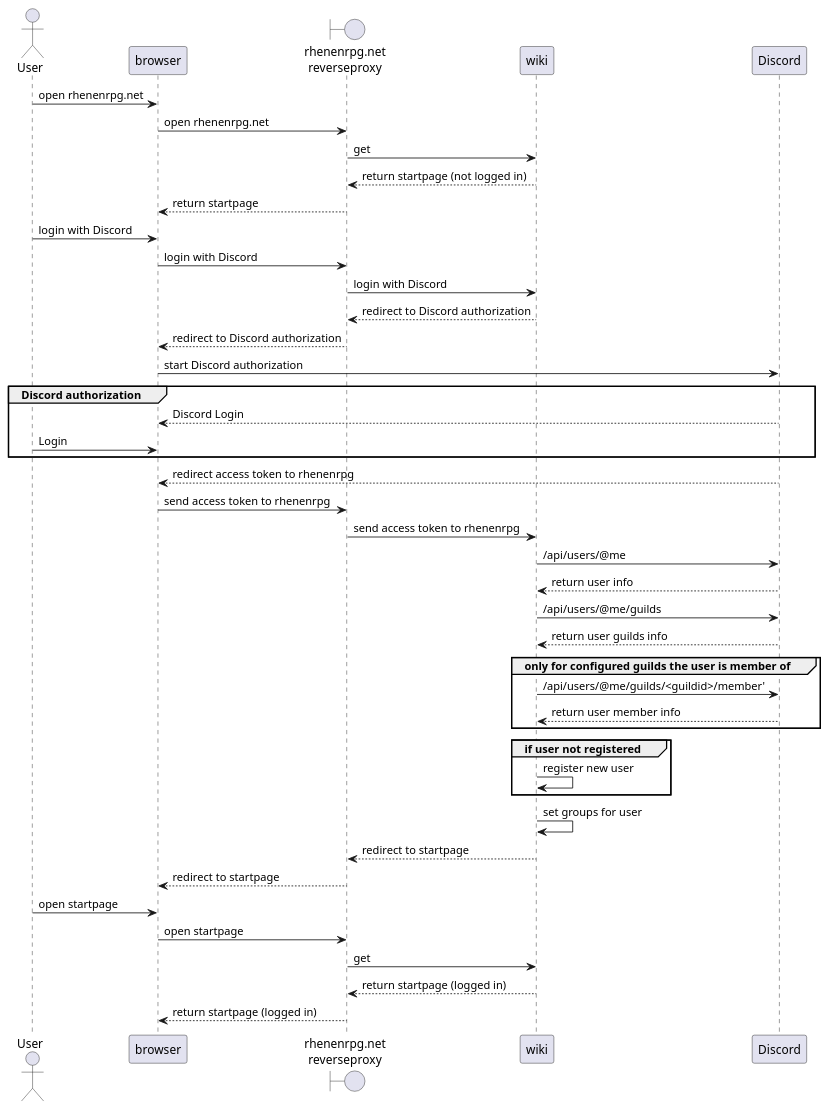
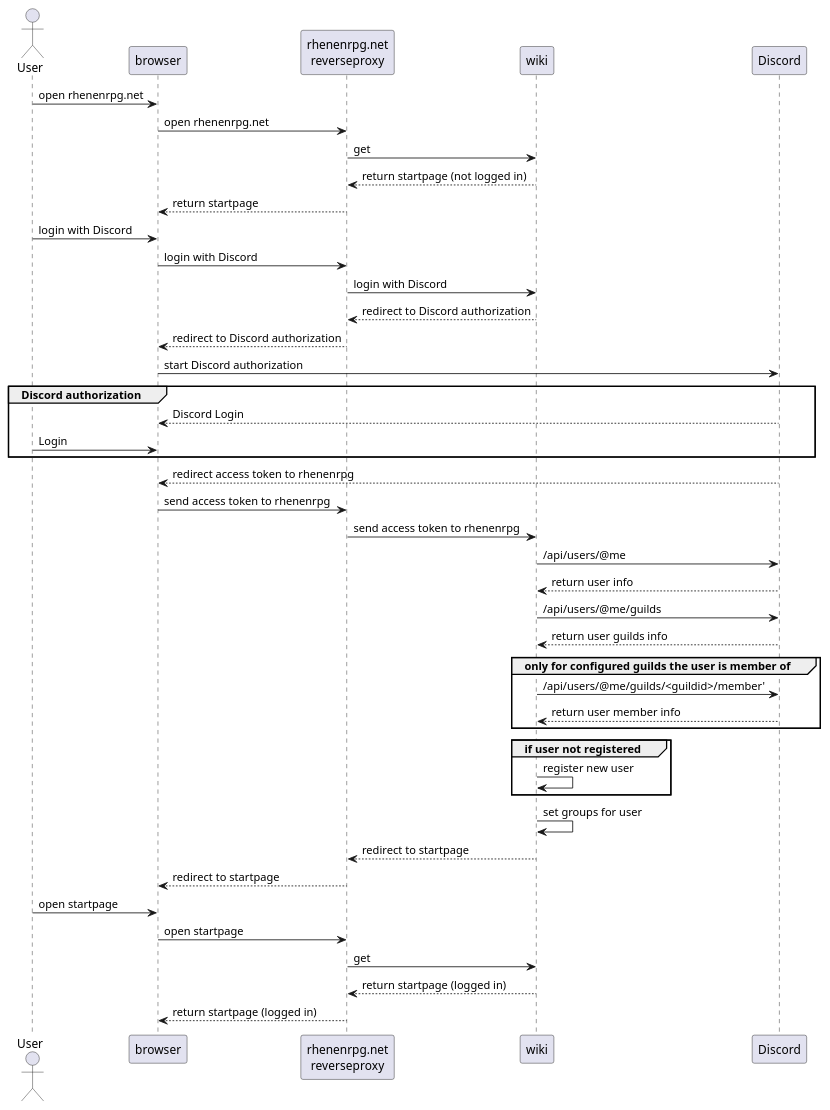
Before and after one commit to rhenenrpg/rhenenrpg.github.io: the diagram in uml/sd-login-oauth-discord.iuml, drawn with PlantUML.

```diff
--- a/uml/sd-login-oauth-discord.iuml
+++ b/uml/sd-login-oauth-discord.iuml
@@ -1,44 +1,44 @@
 @startuml
 actor       User       as user
 participant browser
-boundary    "rhenenrpg.net\nreverseproxy" as rp
+participant    "rhenenrpg.net\nreverseproxy" as rp
 participant wiki
 participant Discord as discord
 user -> browser  : open rhenenrpg.net
 browser -> rp : open rhenenrpg.net
 rp -> wiki: get
 wiki --> rp: return startpage (not logged in)
 rp --> browser : return startpage
 user -> browser : login with Discord
 browser -> rp: login with Discord
 rp -> wiki: login with Discord
 wiki --> rp: redirect to Discord authorization
 rp --> browser: redirect to Discord authorization
 browser -> discord: start Discord authorization
 group Discord authorization 
 discord --> browser : Discord Login
 user -> browser: Login
 end 
 discord --> browser: redirect access token to rhenenrpg
 browser -> rp: send access token to rhenenrpg
 rp -> wiki: send access token to rhenenrpg
 wiki -> discord: /api/users/@me
 discord --> wiki: return user info
 wiki -> discord: /api/users/@me/guilds
 discord --> wiki: return user guilds info
 group only for configured guilds the user is member of
 wiki -> discord: /api/users/@me/guilds/<guildid>/member'
 discord --> wiki: return user member info
 end
 group if user not registered
 wiki -> wiki: register new user
 end
 wiki -> wiki: set groups for user
 wiki --> rp: redirect to startpage
 rp --> browser: redirect to startpage
 user -> browser: open startpage
 browser -> rp : open startpage
 rp -> wiki: get
 wiki --> rp: return startpage (logged in)
 rp --> browser : return startpage (logged in)
 @enduml
```
